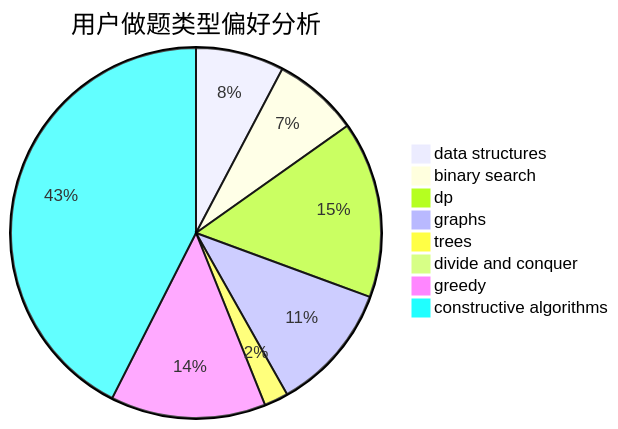
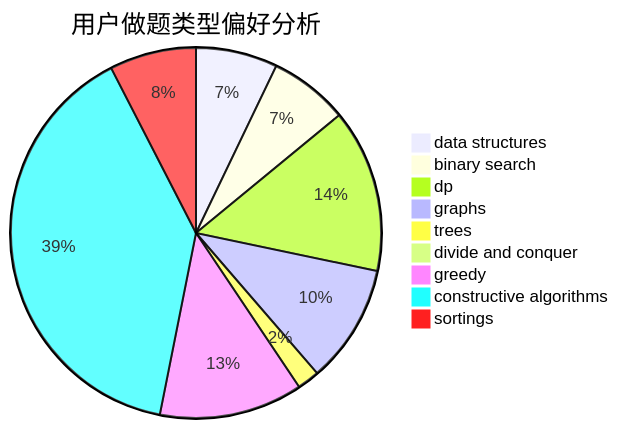
Before and after one commit to sherpahu/cfrs.github.io: the second of 3 diagrams in docs/user/u1147.md, drawn with Mermaid. The commit also changed other lines of this file and 2769 other files, not shown here.

````diff
--- a/docs/user/u1147.md
+++ b/docs/user/u1147.md
@@ -23,11 +18,12 @@
 ```mermaid
 pie title 用户做题类型偏好分析
     "data structures" :  33
     "binary search" :  32
     "dp" :  66
     "graphs" :  48
     "trees" :  9
     "divide and conquer" :  0
     "greedy" :  58
     "constructive algorithms" :  182
+    "sortings" :  35
 ```
````
